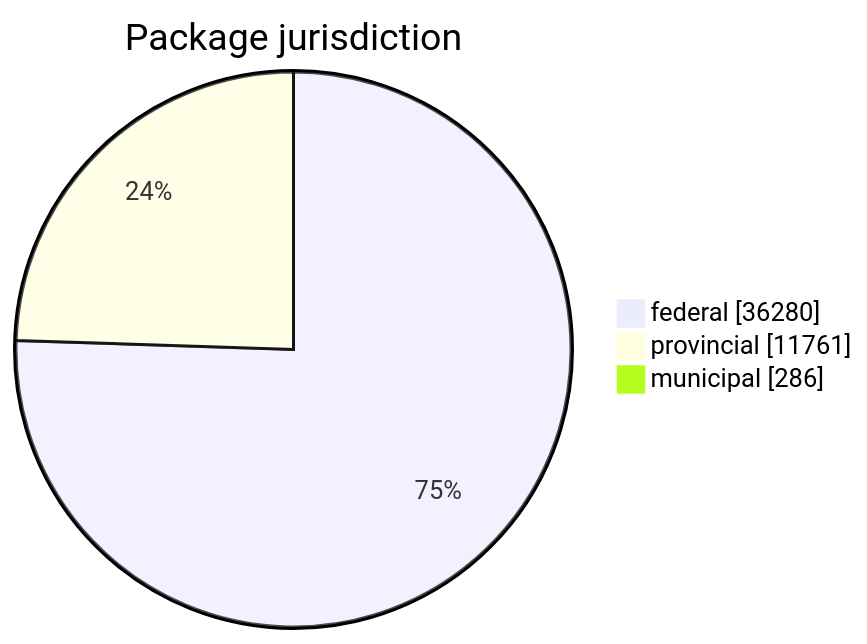
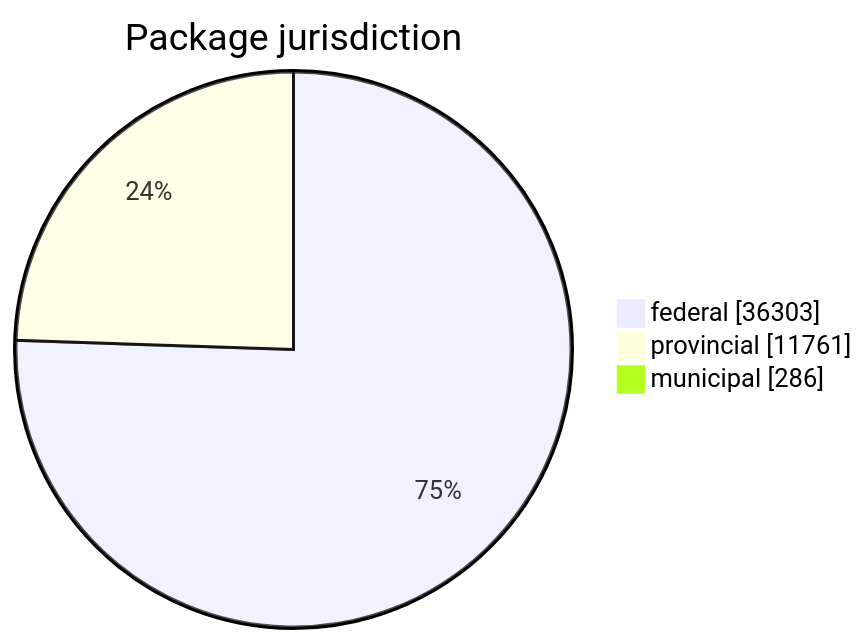
Before and after one commit to open-data/analytics-corporate-reporting: the first of 5 diagrams in FreshCheck/README.md, drawn with Mermaid. The commit also changed other lines of this file and 3 other files, not shown here.

````diff
--- a/FreshCheck/README.md
+++ b/FreshCheck/README.md
@@ -60,6 +60,6 @@
 ```mermaid
 pie showData title Package jurisdiction
-    "federal": 36280
+    "federal": 36303
     "provincial": 11761
     "municipal": 286
 ```
````
